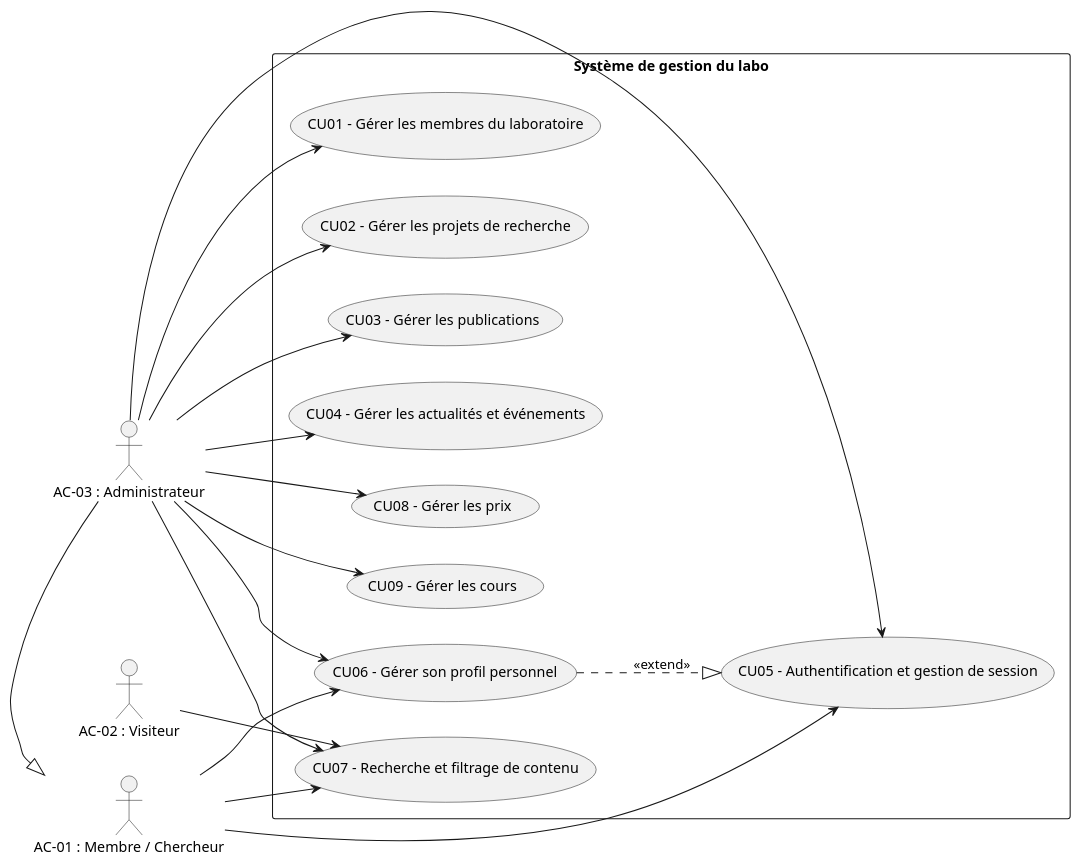
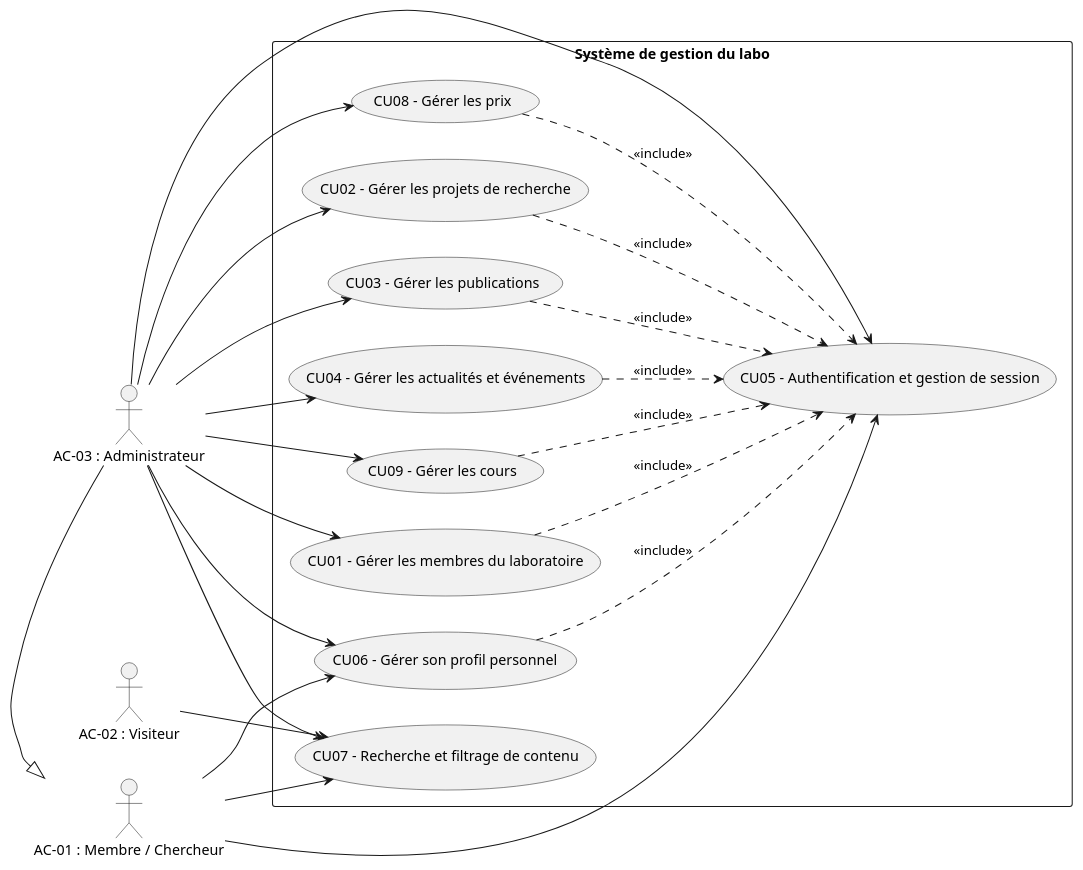
Before and after one commit to stilab-ets/stilab-ets.github.io: the diagram in doc/usecase/usecase.puml, drawn with PlantUML.

Commit message:
[DOC]: Updated use case diagram

```diff
--- a/doc/usecase/usecase.puml
+++ b/doc/usecase/usecase.puml
@@ -1,46 +1,53 @@
 @startuml
 left to right direction
 skinparam packageStyle rectangle
 
 actor "AC-01 : Membre / Chercheur" as Membre
 actor "AC-02 : Visiteur" as Visiteur
 actor "AC-03 : Administrateur" as Admin
 
 Admin -|> Membre
 
 rectangle "Système de gestion du labo" {
   
   usecase "CU01 - Gérer les membres du laboratoire" as CU01
   usecase "CU02 - Gérer les projets de recherche" as CU02
   usecase "CU03 - Gérer les publications" as CU03
   usecase "CU04 - Gérer les actualités et événements" as CU04
   usecase "CU05 - Authentification et gestion de session" as CU05
   usecase "CU06 - Gérer son profil personnel" as CU06
   usecase "CU07 - Recherche et filtrage de contenu" as CU07
   usecase "CU08 - Gérer les prix" as CU08
   usecase "CU09 - Gérer les cours" as CU09
 }
 
 ' Admin-specific use cases
 Admin --> CU01
 Admin --> CU02
 Admin --> CU04
 
 ' Admin does everything Membre does (explicitly)
 Admin --> CU03
 Admin --> CU05
 Admin --> CU06
 Admin --> CU07
 Admin --> CU08
 Admin --> CU09
 
 ' Membre use cases
 Membre --> CU05
 Membre --> CU06
 Membre --> CU07
 
 Visiteur --> CU07
 
-CU06 ..|> CU05 : <<extend>>
+' Authentification obligatoire avant gestion
+CU01 ..> CU05 : <<include>>
+CU02 ..> CU05 : <<include>>
+CU03 ..> CU05 : <<include>>
+CU04 ..> CU05 : <<include>>
+CU06 ..> CU05 : <<include>>
+CU08 ..> CU05 : <<include>>
+CU09 ..> CU05 : <<include>>
 
 @enduml
```
